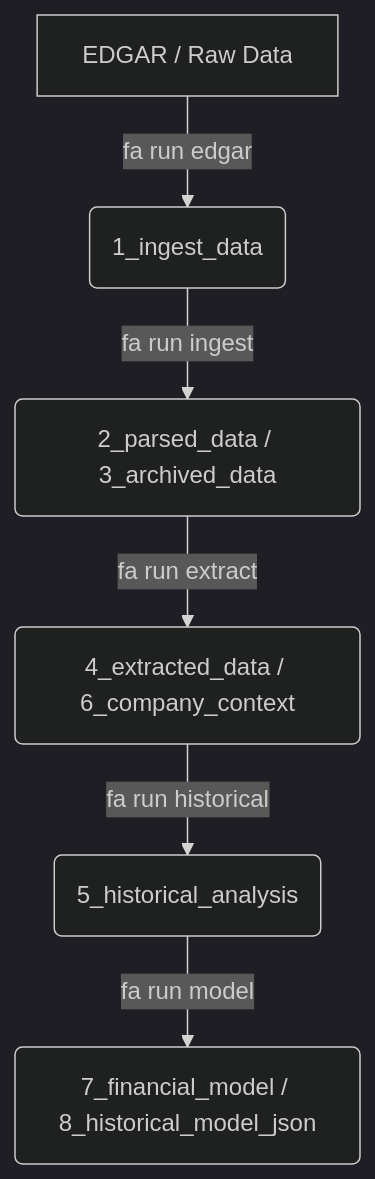
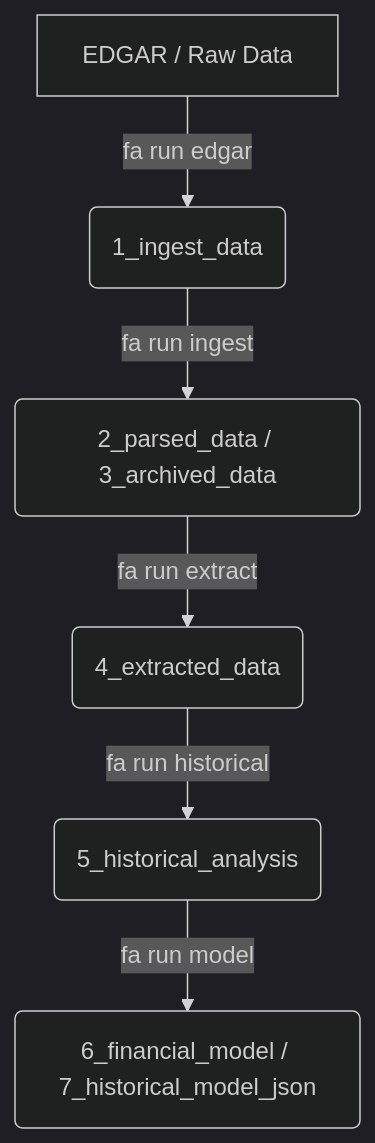
Before and after one commit to Ruinius/financial-analyst-cli: the diagram in docs/requirements.md, drawn with Mermaid (dark theme). The commit also changed other lines of this file and 17 other files, not shown here.

````diff
--- a/docs/requirements.md
+++ b/docs/requirements.md
@@ -50,8 +50,8 @@
 ```mermaid
 flowchart TD
     A[EDGAR / Raw Data] -->|fa run edgar| B(1_ingest_data)
     B -->|fa run ingest| C(2_parsed_data / 3_archived_data)
-    C -->|fa run extract| D(4_extracted_data / 6_company_context)
+    C -->|fa run extract| D(4_extracted_data)
     D -->|fa run historical| E(5_historical_analysis)
-    E -->|fa run model| F(7_financial_model / 8_historical_model_json)
+    E -->|fa run model| F(6_financial_model / 7_historical_model_json)
 ```
````
